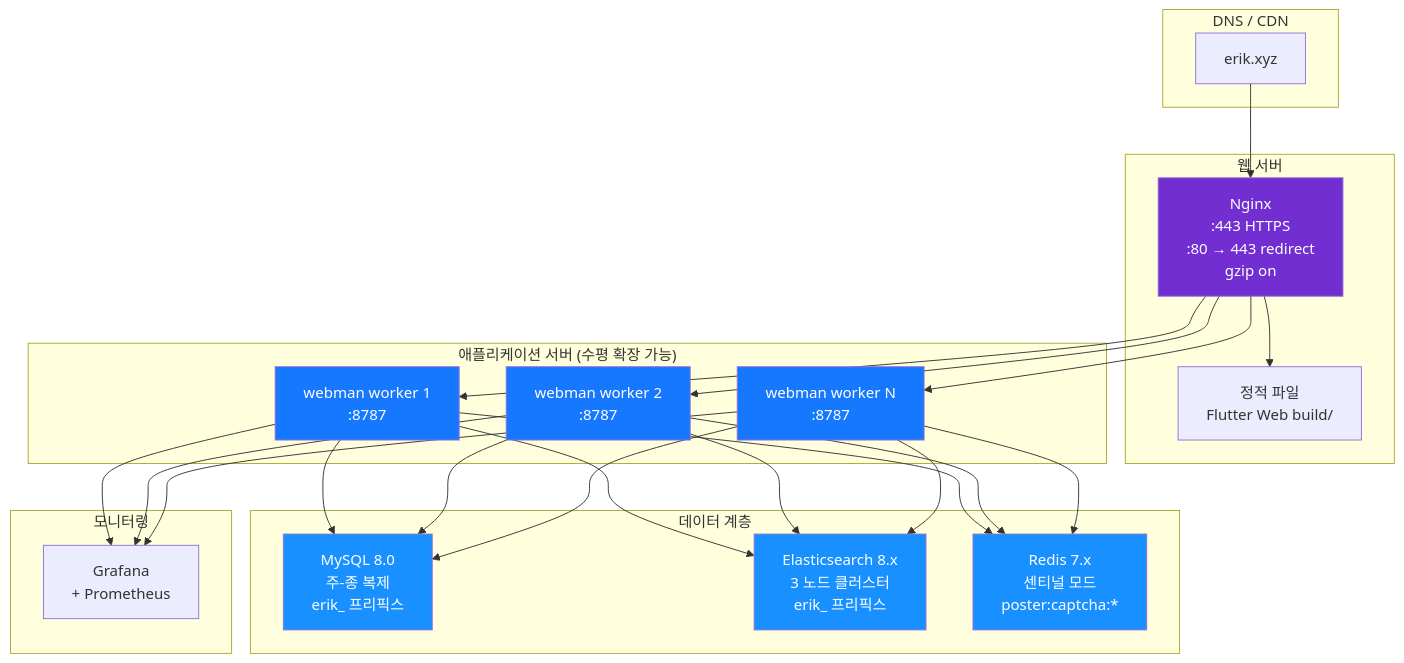
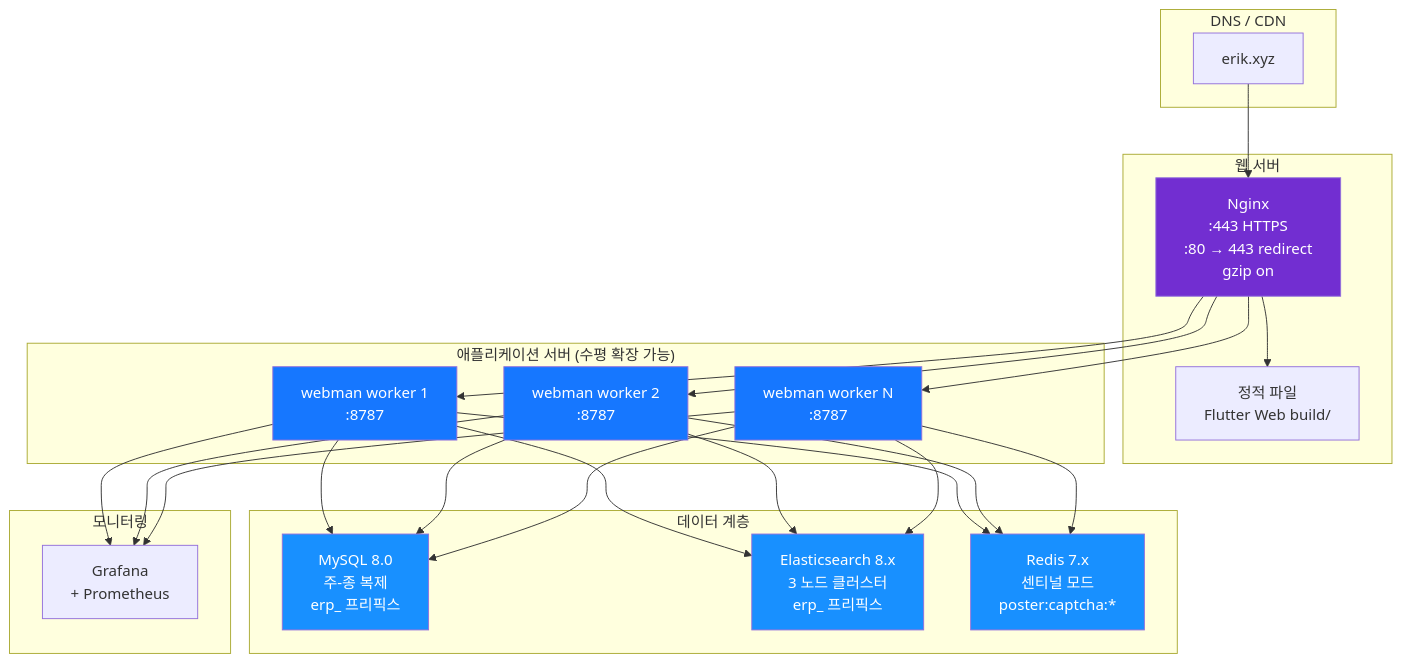
Diagram 14 of 20 in docs/i18n/ko/ARCHITECTURE.md (erikwang2013/erp-php), drawn with Mermaid before and after one commit. The commit also changed other lines of this file and 449 other files, not shown here.

First line of the commit message:
全局命名统一：数据库 erp、表前缀 erp_、Redis 前缀 erp:（原 erik_/open_admin）

````diff
--- a/docs/i18n/ko/ARCHITECTURE.md
+++ b/docs/i18n/ko/ARCHITECTURE.md
@@ -661,43 +661,43 @@
 ```mermaid
 flowchart TB
     subgraph "DNS / CDN"
         DNS["erik.xyz"]
     end
 
     subgraph "웹 서버"
         NGX["Nginx<br/>:443 HTTPS<br/>:80 → 443 redirect<br/>gzip on"]
         STA["정적 파일<br/>Flutter Web build/"]
     end
 
     subgraph "애플리케이션 서버 (수평 확장 가능)"
         WM1["webman worker 1<br/>:8787"]
         WM2["webman worker 2<br/>:8787"]
         WM3["webman worker N<br/>:8787"]
     end
 
     subgraph "데이터 계층"
-        MYSQL["MySQL 8.0<br/>주-종 복제<br/>erik_ 프리픽스"]
-        ES["Elasticsearch 8.x<br/>3 노드 클러스터<br/>erik_ 프리픽스"]
+        MYSQL["MySQL 8.0<br/>주-종 복제<br/>erp_ 프리픽스"]
+        ES["Elasticsearch 8.x<br/>3 노드 클러스터<br/>erp_ 프리픽스"]
         REDIS["Redis 7.x<br/>센티널 모드<br/>poster:captcha:*"]
     end
 
     subgraph "모니터링"
         MON["Grafana<br/>+ Prometheus"]
     end
 
     DNS --> NGX
     NGX --> STA
     NGX --> WM1 & WM2 & WM3
     WM1 & WM2 & WM3 --> MYSQL
     WM1 & WM2 & WM3 --> ES
     WM1 & WM2 & WM3 --> REDIS
     WM1 & WM2 & WM3 --> MON
 
     style NGX fill:#722ED1,color:#fff
     style WM1 fill:#1677FF,color:#fff
     style WM2 fill:#1677FF,color:#fff
     style WM3 fill:#1677FF,color:#fff
     style MYSQL fill:#1890FF,color:#fff
     style ES fill:#1890FF,color:#fff
     style REDIS fill:#1890FF,color:#fff
 ```
````
